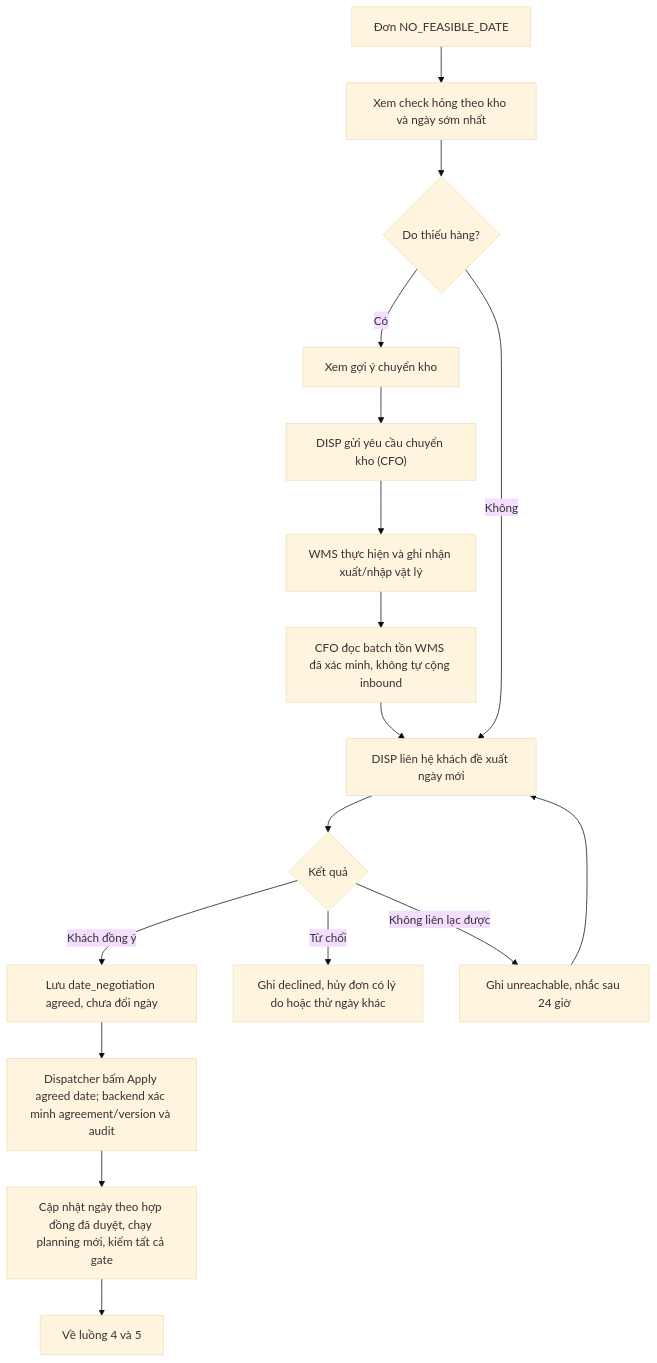
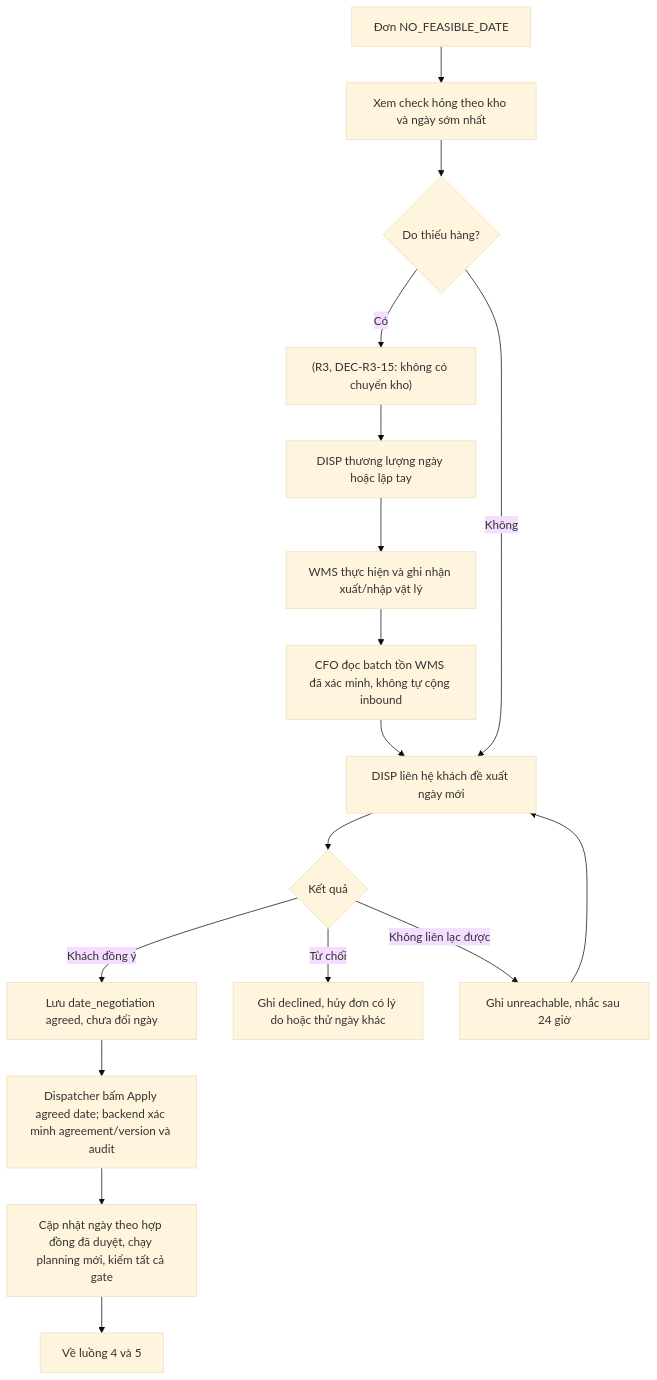
The sixth of 14 diagrams in docs/07_User_Flows.md (qaztyhn/cfo-itconsultant), drawn with Mermaid (base theme) before and after one commit. The commit also changed other lines of this file and 12 other files, not shown here.

````diff
--- a/docs/07_User_Flows.md
+++ b/docs/07_User_Flows.md
@@ -188,18 +188,18 @@
 ```mermaid
 flowchart TD
   A["Đơn NO_FEASIBLE_DATE"] --> B["Xem check hỏng theo kho và ngày sớm nhất"]
   B --> C{"Do thiếu hàng?"}
-  C -- "Có" --> D["Xem gợi ý chuyển kho"]
-  D --> E["DISP gửi yêu cầu chuyển kho (CFO)"]
+  C -- "Có" --> D["(R3, DEC-R3-15: không có chuyển kho)"]
+  D --> E["DISP thương lượng ngày hoặc lập tay"]
   E --> F["WMS thực hiện và ghi nhận xuất/nhập vật lý"]
   F --> G["CFO đọc batch tồn WMS đã xác minh, không tự cộng inbound"] --> H
   C -- "Không" --> H["DISP liên hệ khách đề xuất ngày mới"]
   H --> I{"Kết quả"}
   I -- "Khách đồng ý" --> J["Lưu date_negotiation agreed, chưa đổi ngày"]
   J --> X["Dispatcher bấm Apply agreed date; backend xác minh agreement/version và audit"]
   X --> K["Cập nhật ngày theo hợp đồng đã duyệt, chạy planning mới, kiểm tất cả gate"]
   I -- "Từ chối" --> L["Ghi declined, hủy đơn có lý do hoặc thử ngày khác"]
   I -- "Không liên lạc được" --> M["Ghi unreachable, nhắc sau 24 giờ"]
   M --> H
   K --> N["Về luồng 4 và 5"]
 ```
````
